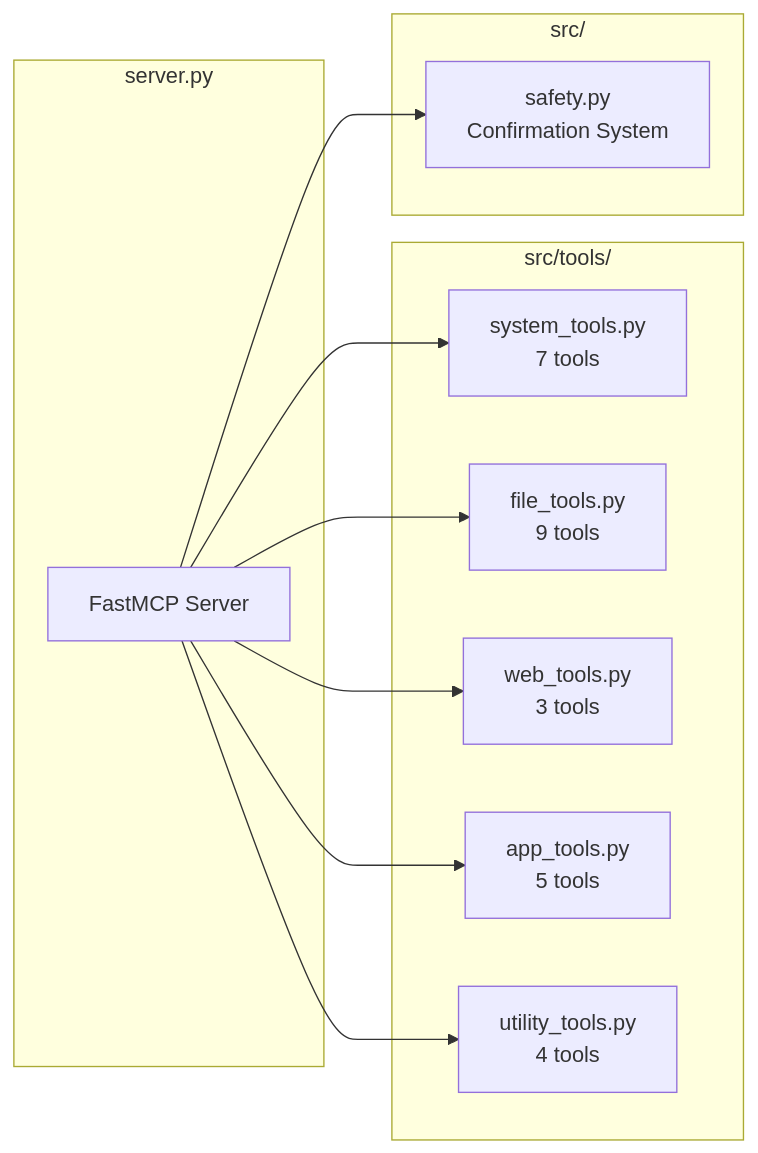
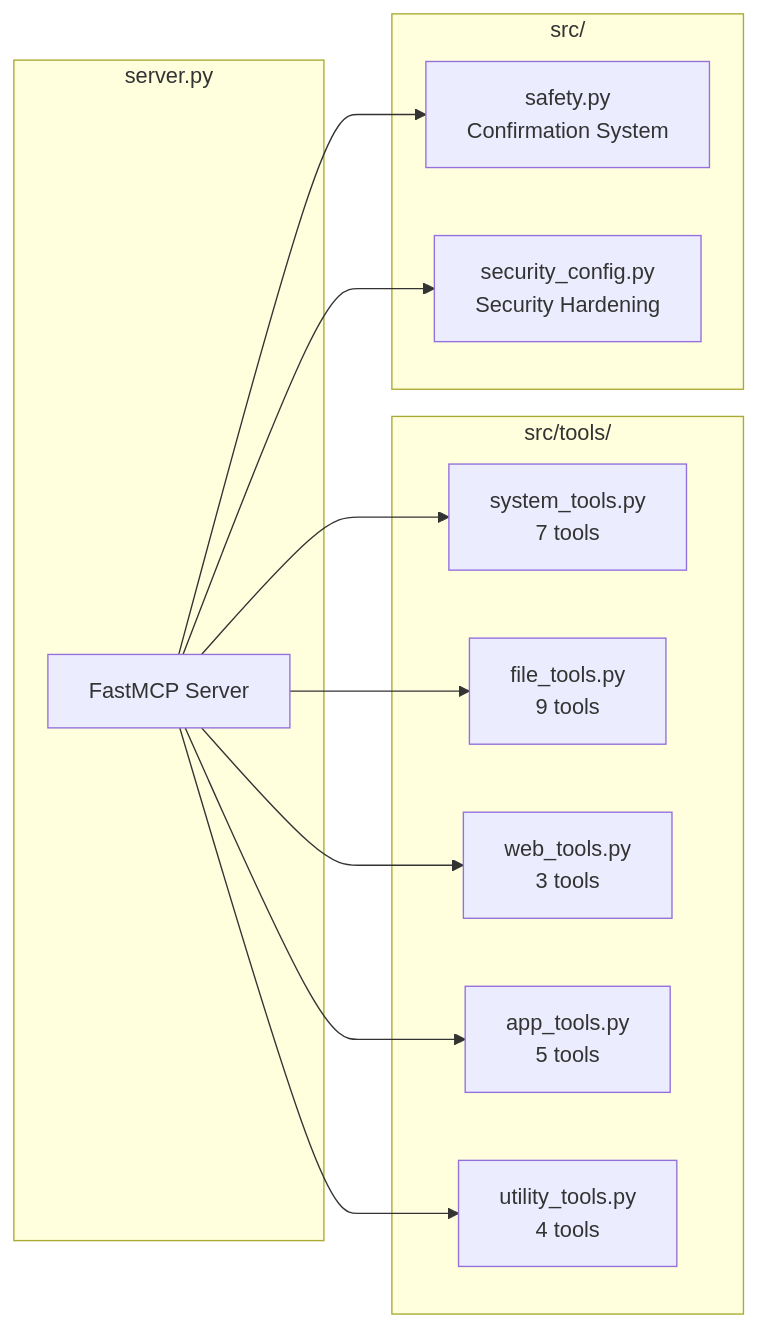
Before and after one commit to ViswaSrimaan/mcp_servers: the second of 3 diagrams in README.md, drawn with Mermaid. The commit also changed other lines of this file and 8 other files, not shown here.

First line of the commit message:
feat: Add comprehensive security hardening against prompt injection attacks

````diff
--- a/README.md
+++ b/README.md
@@ -79,25 +79,27 @@
 ```mermaid
 graph LR
     subgraph "server.py"
         A[FastMCP Server]
     end
 
     subgraph "src/tools/"
         B[system_tools.py<br/>7 tools]
         C[file_tools.py<br/>9 tools]
         D[web_tools.py<br/>3 tools]
         E[app_tools.py<br/>5 tools]
         F[utility_tools.py<br/>4 tools]
     end
 
     subgraph "src/"
         G[safety.py<br/>Confirmation System]
+        H[security_config.py<br/>Security Hardening]
     end
 
     A --> B
     A --> C
     A --> D
     A --> E
     A --> F
     A --> G
+    A --> H
 ```
````
